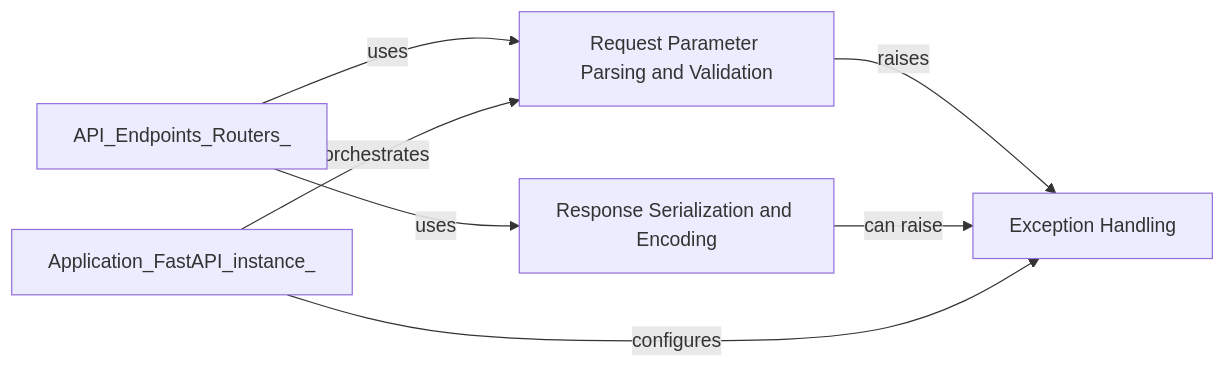
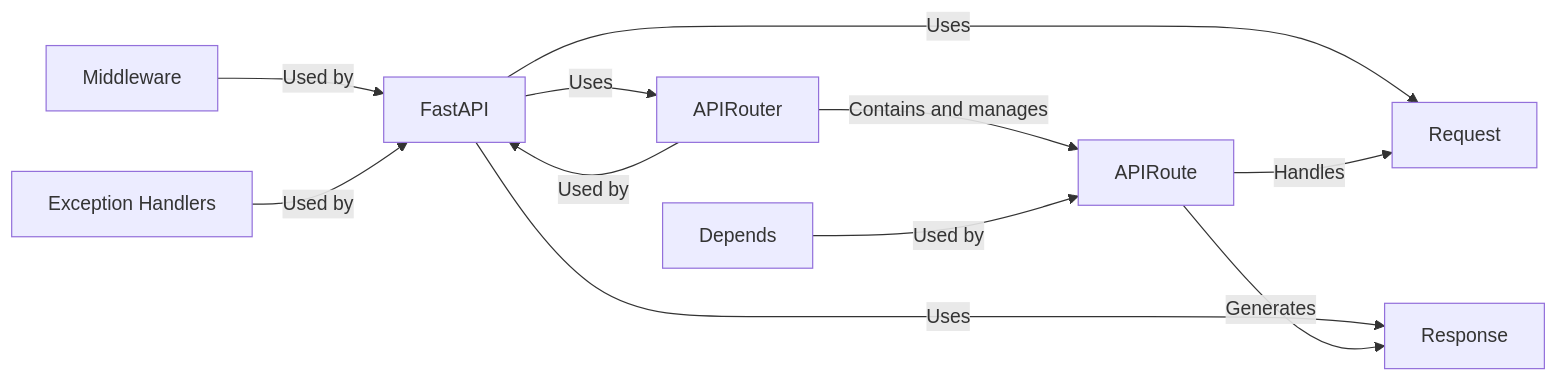
The diagram in fastapi/Request_Response_Handling.md (CodeBoarding/GeneratedOnBoardings), drawn with Mermaid before and after one commit. The commit also changed other lines of this file and 7 other files, not shown here.

````diff
--- a/fastapi/Request_Response_Handling.md
+++ b/fastapi/Request_Response_Handling.md
@@ -1,12 +1,21 @@
 ```mermaid
 graph LR
-    Request_Parameter_Parsing_and_Validation["Request Parameter Parsing and Validation"]
-    Response_Serialization_and_Encoding["Response Serialization and Encoding"]
-    Exception_Handling["Exception Handling"]
-    API_Endpoints_Routers_ -- "uses" --> Request_Parameter_Parsing_and_Validation
-    Request_Parameter_Parsing_and_Validation -- "raises" --> Exception_Handling
-    API_Endpoints_Routers_ -- "uses" --> Response_Serialization_and_Encoding
-    Response_Serialization_and_Encoding -- "can raise" --> Exception_Handling
-    Application_FastAPI_instance_ -- "configures" --> Exception_Handling
-    Application_FastAPI_instance_ -- "orchestrates" --> Request_Parameter_Parsing_and_Validation
+    FastAPI["FastAPI"]
+    APIRouter["APIRouter"]
+    APIRoute["APIRoute"]
+    Request["Request"]
+    Response["Response"]
+    Depends["Depends"]
+    Middleware["Middleware"]
+    Exception_Handlers["Exception Handlers"]
+    FastAPI -- "Uses" --> APIRouter
+    FastAPI -- "Uses" --> Request
+    FastAPI -- "Uses" --> Response
+    APIRouter -- "Contains and manages" --> APIRoute
+    APIRouter -- "Used by" --> FastAPI
+    APIRoute -- "Handles" --> Request
+    APIRoute -- "Generates" --> Response
+    Depends -- "Used by" --> APIRoute
+    Middleware -- "Used by" --> FastAPI
+    Exception_Handlers -- "Used by" --> FastAPI
 ```
````
